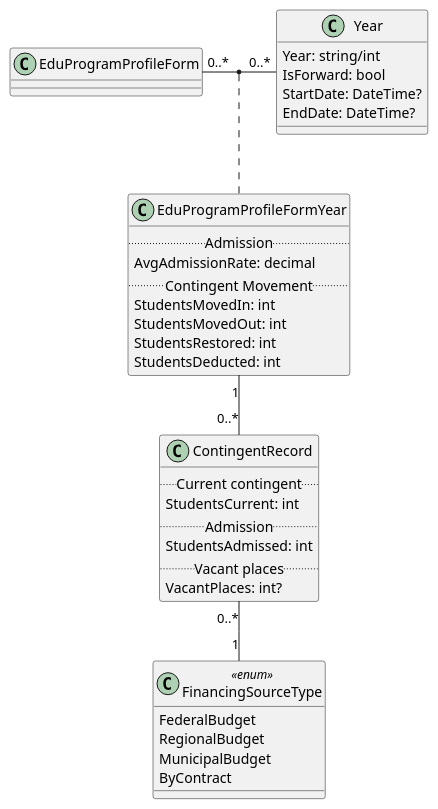
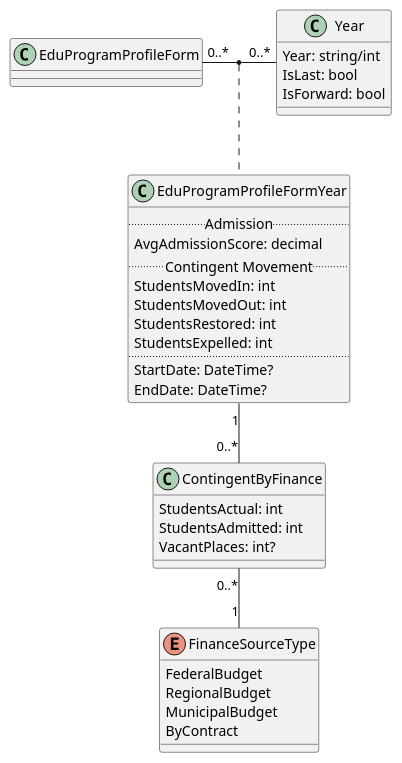
One commit to r7-labs/R7.University changed the diagram in doc/Contingent.puml. Above: the diagram before and after it, drawn with PlantUML. The commit also changed 1 other file, not shown here.

Commit message:
[WIP] Update class diagrams for edu. program volume and contingent GH-235

```diff
--- a/doc/Contingent.puml
+++ b/doc/Contingent.puml
@@ -1,42 +1,41 @@
 @startuml Contingent
 
 EduProgramProfileForm "0..*" - "0..*" Year
 (EduProgramProfileForm, Year) .. EduProgramProfileFormYear 
 
-ContingentRecord "0..*" -- "1" FinancingSourceType
-EduProgramProfileFormYear "1" -- "0..*" ContingentRecord
+ContingentByFinance "0..*" -- "1" FinanceSourceType
+EduProgramProfileFormYear "1" -- "0..*" ContingentByFinance
 
 class EduProgramProfileFormYear {
     .. Admission ..
-    AvgAdmissionRate: decimal
+    AvgAdmissionScore: decimal
     .. Contingent Movement ..
     StudentsMovedIn: int
     StudentsMovedOut: int
     StudentsRestored: int
-    StudentsDeducted: int
+    StudentsExpelled: int
+    ..
+    StartDate: DateTime?
+    EndDate: DateTime?
 }
 
-class ContingentRecord {
-    .. Current contingent ..
-    StudentsCurrent: int
-    .. Admission ..
-    StudentsAdmissed: int
-    .. Vacant places ..
+class ContingentByFinance {
+    StudentsActual: int
+    StudentsAdmitted: int
     VacantPlaces: int?
 }
 
 class Year {
     Year: string/int
+    IsLast: bool
     IsForward: bool
-    StartDate: DateTime?
-    EndDate: DateTime?
 }
 
-class FinancingSourceType<<enum>> {
+enum FinanceSourceType {
     FederalBudget
     RegionalBudget
     MunicipalBudget
     ByContract
 }
 
 @enduml
```
